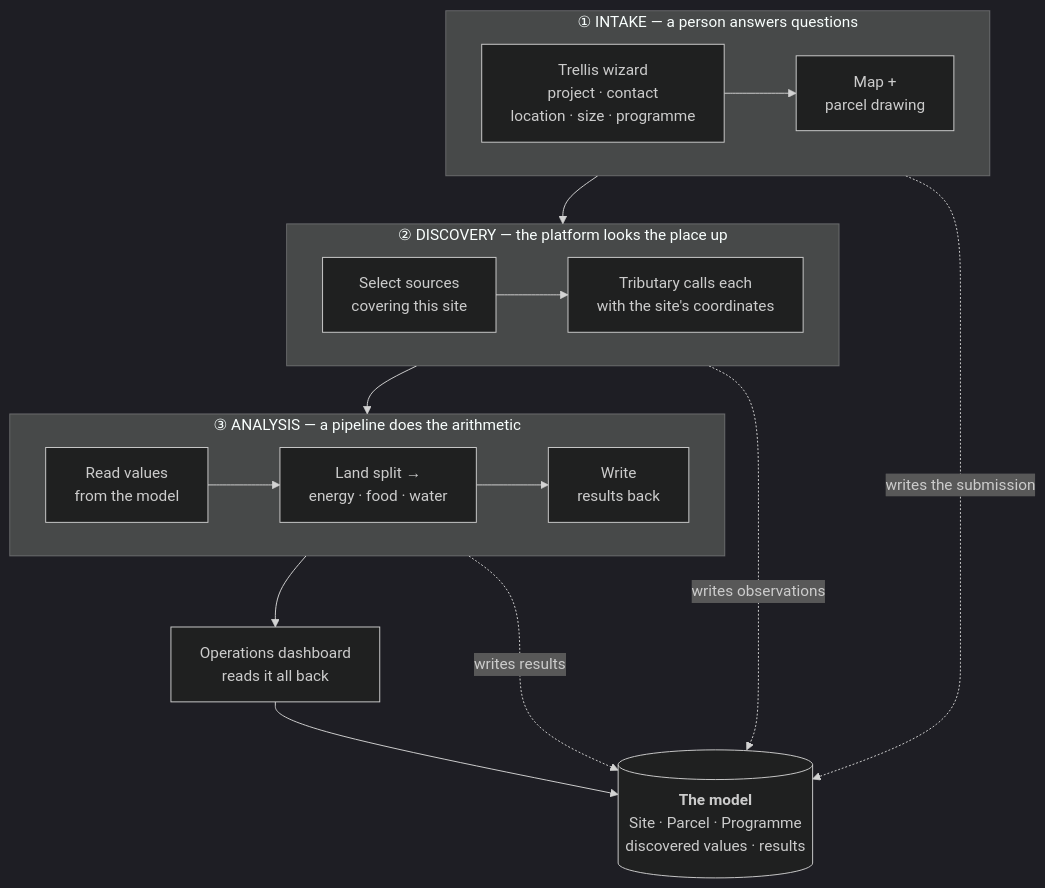
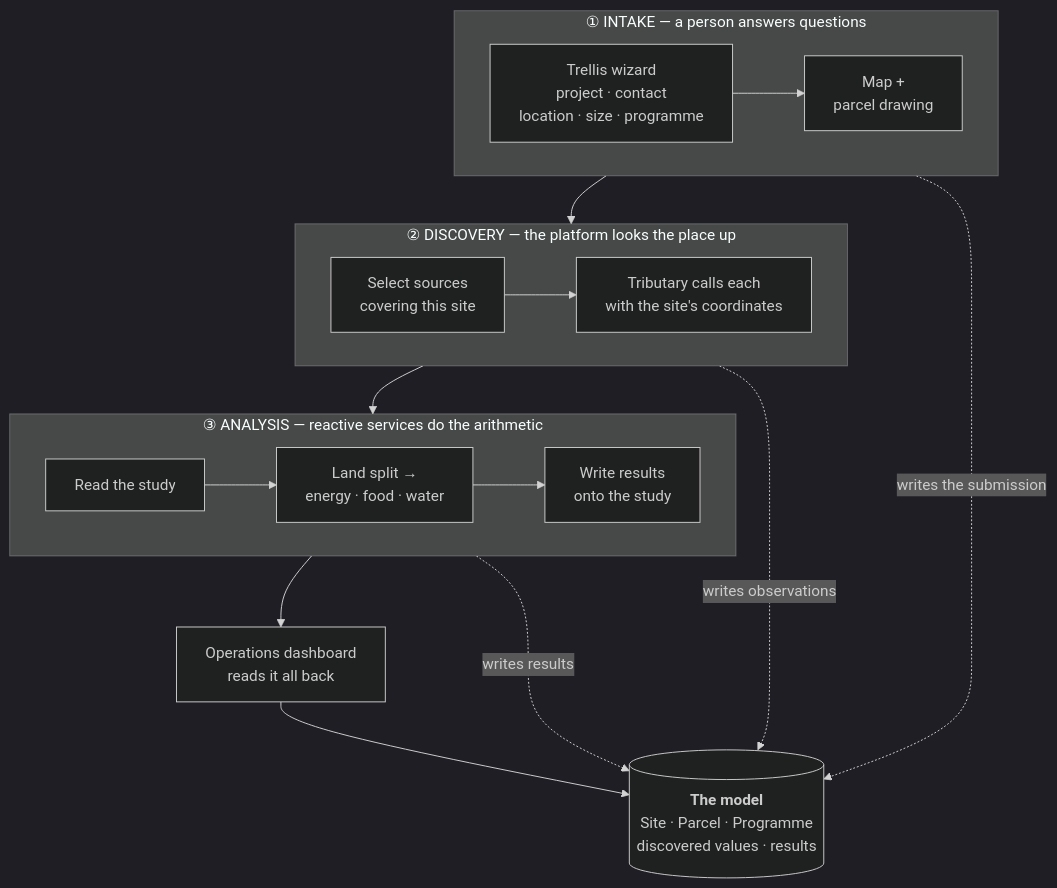
The third of 10 diagrams in docs/LAND_INTAKE.md (ReGen-Villages/VillageOS-API), drawn with Mermaid (dark theme) before and after one commit. The commit also changed other lines of this file and 2 other files, not shown here.

First line of the commit message:
docs(#6533): the analysis is started on the study, not by spawning a pipeline

````diff
--- a/docs/LAND_INTAKE.md
+++ b/docs/LAND_INTAKE.md
@@ -172,25 +172,25 @@
 ```mermaid
 flowchart TB
   subgraph P1["① INTAKE — a person answers questions"]
     direction LR
     W["Trellis wizard<br/>project · contact<br/>location · size · programme"] --> MAP["Map +<br/>parcel drawing"]
   end
 
   subgraph P2["② DISCOVERY — the platform looks the place up"]
     direction LR
     SEL["Select sources<br/>covering this site"] --> FETCH["Tributary calls each<br/>with the site's coordinates"]
   end
 
-  subgraph P3["③ ANALYSIS — a pipeline does the arithmetic"]
+  subgraph P3["③ ANALYSIS — reactive services do the arithmetic"]
     direction LR
-    READ["Read values<br/>from the model"] --> CALC["Land split →<br/>energy · food · water"] --> WRITE["Write<br/>results back"]
+    READ["Read the study"] --> CALC["Land split →<br/>energy · food · water"] --> WRITE["Write results<br/>onto the study"]
   end
 
   DASH["Operations dashboard<br/>reads it all back"]
   MODEL[("<b>The model</b><br/>Site · Parcel · Programme<br/>discovered values · results")]
 
   P1 --> P2 --> P3 --> DASH --> MODEL
   P1 -.->|"writes the submission"| MODEL
   P2 -.->|"writes observations"| MODEL
   P3 -.->|"writes results"| MODEL
 ```
````
